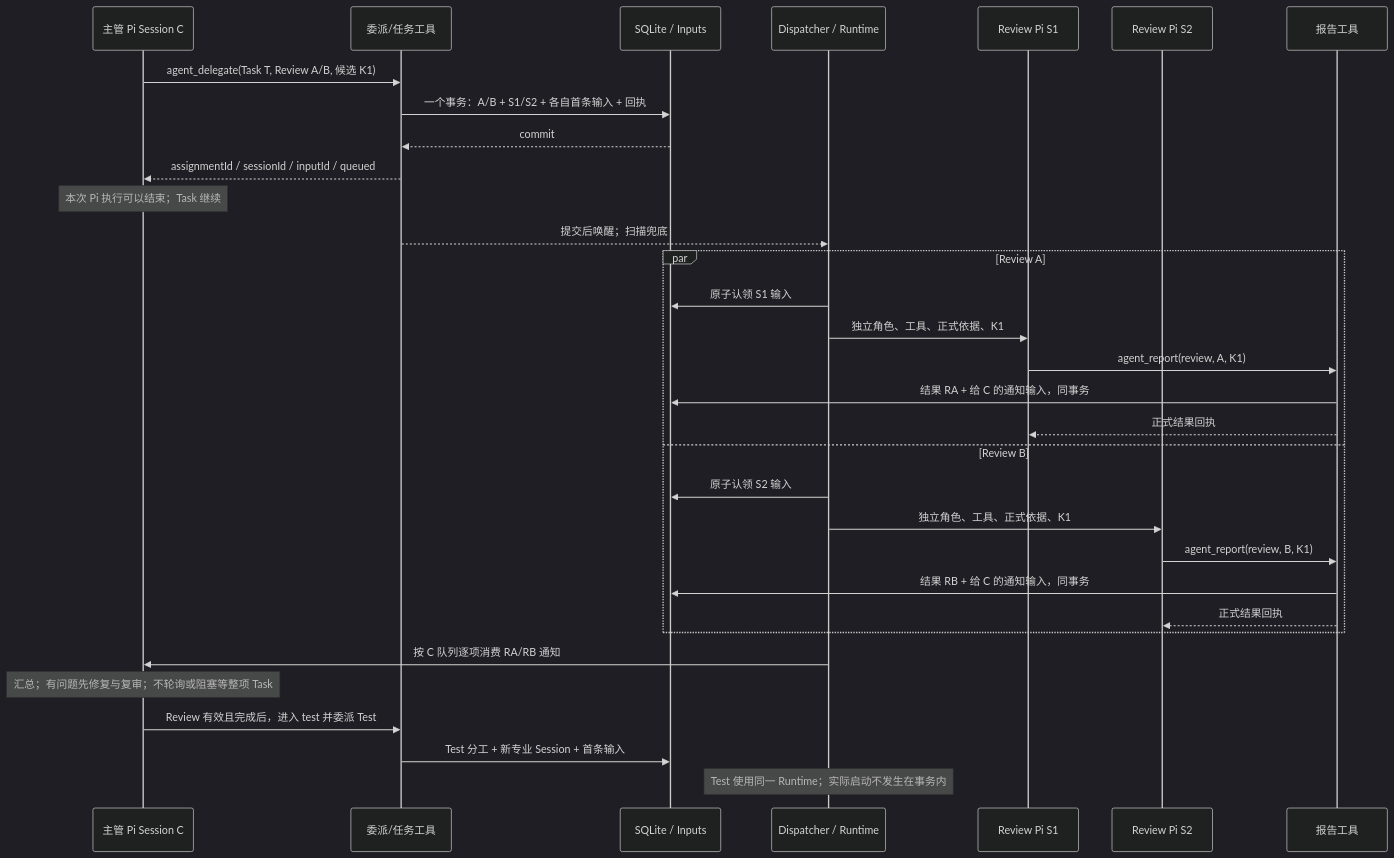
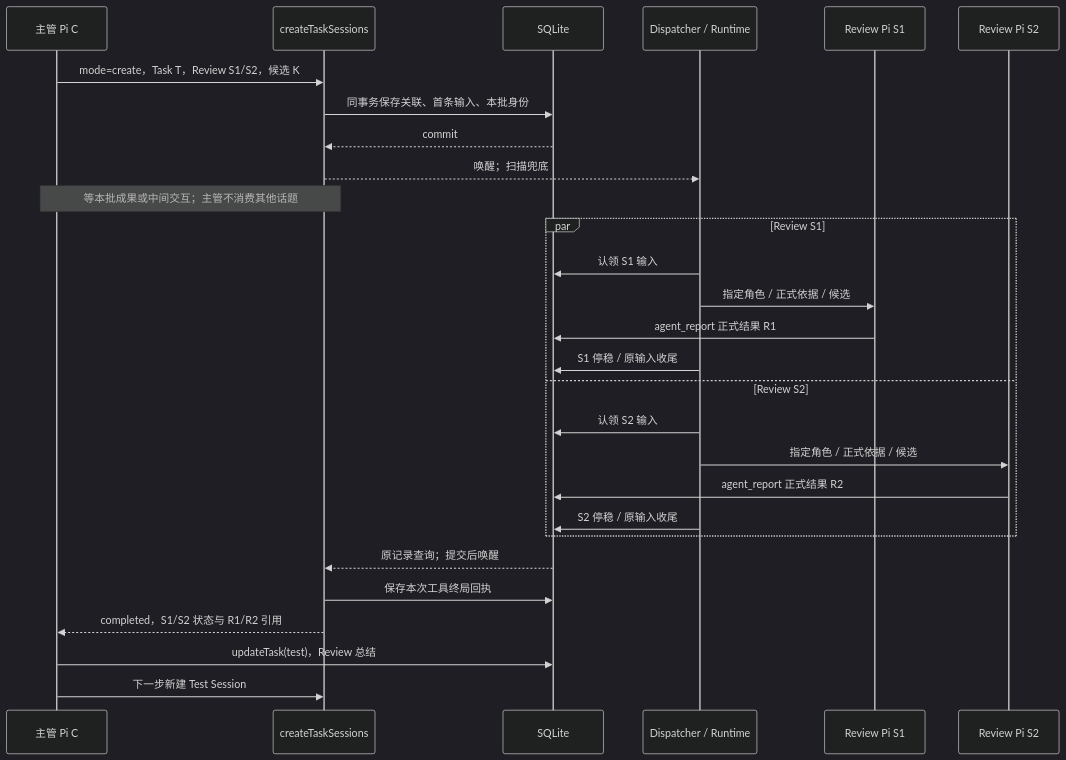
The second of 3 diagrams in docs/technicalnew/messaging-and-collaboration.md (mojiaicrypto-ops/Kaiming), drawn with Mermaid (dark theme) before and after one commit. The commit also changed other lines of this file and 26 other files, not shown here.

````diff
--- a/docs/technicalnew/messaging-and-collaboration.md
+++ b/docs/technicalnew/messaging-and-collaboration.md
@@ -32,34 +35,30 @@
 ```mermaid
 sequenceDiagram
-  participant C as 主管 Pi Session C
-  participant TOOL as 委派/任务工具
-  participant DB as SQLite / Inputs
+  participant C as 主管 Pi C
+  participant TOOL as createTaskSessions
+  participant DB as SQLite
   participant D as Dispatcher / Runtime
   participant S1 as Review Pi S1
   participant S2 as Review Pi S2
-  participant REPORT as 报告工具
-  C->>TOOL: agent_delegate(Task T, Review A/B, 候选 K1)
-  TOOL->>DB: 一个事务：A/B + S1/S2 + 各自首条输入 + 回执
+  C->>TOOL: mode=create，Task T，Review S1/S2，候选 K
+  TOOL->>DB: 同事务保存关联、首条输入、本批身份
   DB-->>TOOL: commit
-  TOOL-->>C: assignmentId / sessionId / inputId / queued
-  Note over C: 本次 Pi 执行可以结束；Task 继续
-  TOOL-->>D: 提交后唤醒；扫描兜底
-  par Review A
-    D->>DB: 原子认领 S1 输入
-    D->>S1: 独立角色、工具、正式依据、K1
-    S1->>REPORT: agent_report(review, A, K1)
-    REPORT->>DB: 结果 RA + 给 C 的通知输入，同事务
-    REPORT-->>S1: 正式结果回执
-  and Review B
-    D->>DB: 原子认领 S2 输入
-    D->>S2: 独立角色、工具、正式依据、K1
-    S2->>REPORT: agent_report(review, B, K1)
-    REPORT->>DB: 结果 RB + 给 C 的通知输入，同事务
-    REPORT-->>S2: 正式结果回执
+  TOOL-->>D: 唤醒；扫描兜底
+  Note over C,TOOL: 等本批成果或中间交互；主管不消费其他话题
+  par Review S1
+    D->>DB: 认领 S1 输入
+    D->>S1: 指定角色 / 正式依据 / 候选
+    S1->>DB: agent_report 正式结果 R1
+    D->>DB: S1 停稳 / 原输入收尾
+  and Review S2
+    D->>DB: 认领 S2 输入
+    D->>S2: 指定角色 / 正式依据 / 候选
+    S2->>DB: agent_report 正式结果 R2
+    D->>DB: S2 停稳 / 原输入收尾
   end
-  D->>C: 按 C 队列逐项消费 RA/RB 通知
-  Note over C: 汇总；有问题先修复与复审；不轮询或阻塞等整项 Task
-  C->>TOOL: Review 有效且完成后，进入 test 并委派 Test
-  TOOL->>DB: Test 分工 + 新专业 Session + 首条输入
-  Note over D: Test 使用同一 Runtime；实际启动不发生在事务内
+  DB-->>TOOL: 原记录查询；提交后唤醒
+  TOOL->>DB: 保存本次工具终局回执
+  TOOL-->>C: completed，S1/S2 状态与 R1/R2 引用
+  C->>DB: updateTask(test)，Review 总结
+  C->>TOOL: 下一步新建 Test Session
 ```
````
